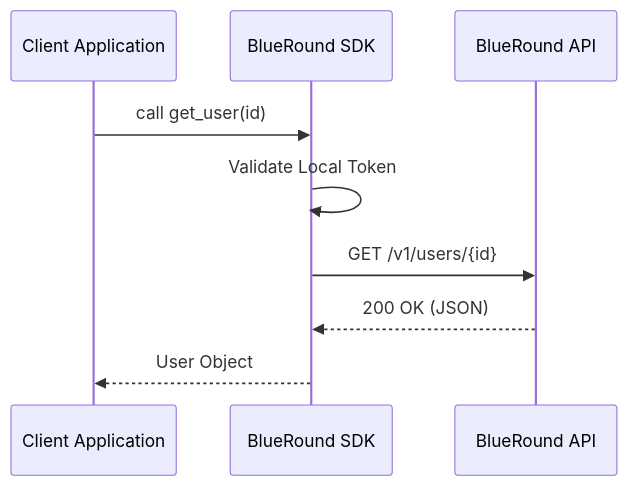
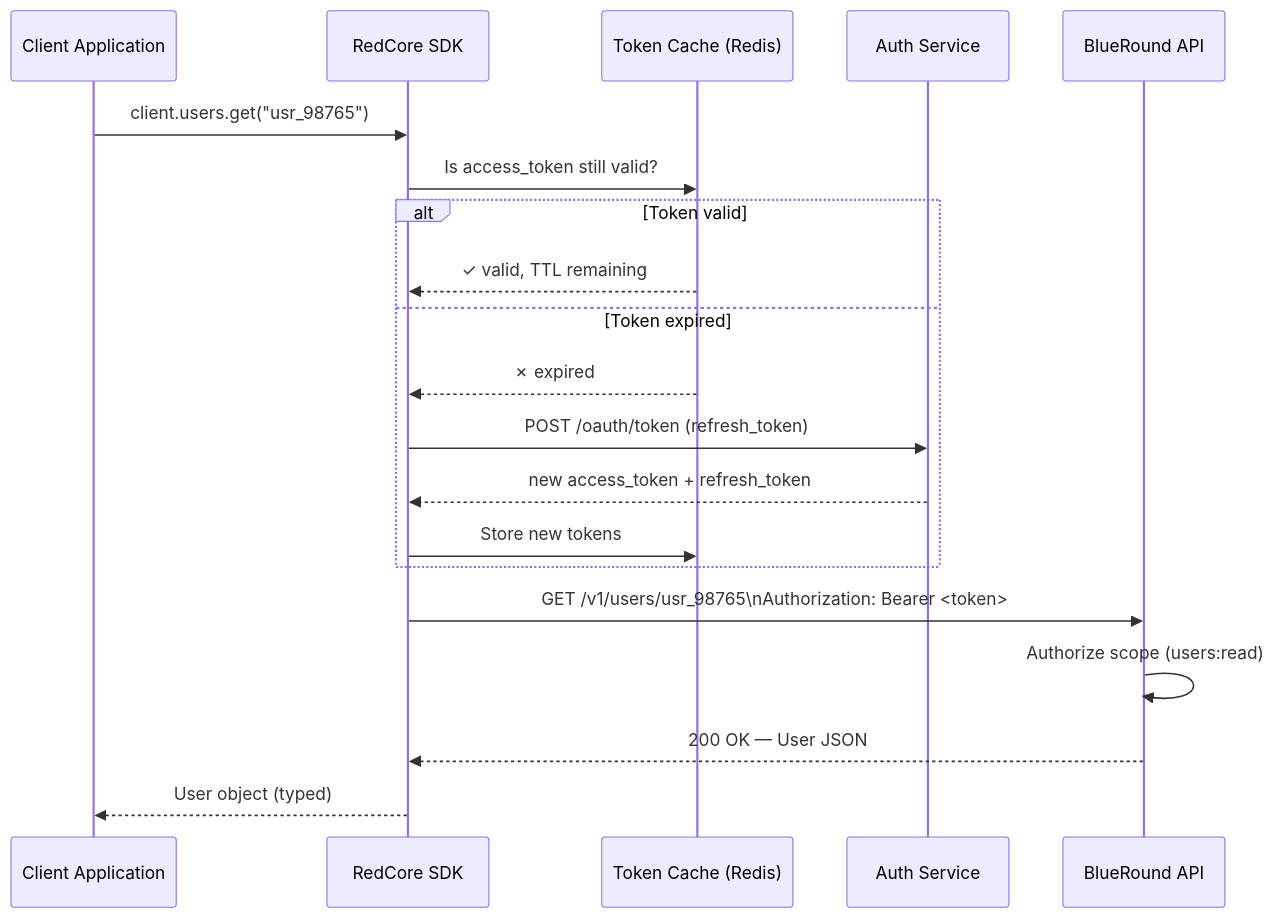
One commit to SingingFoot/sphinx_docs changed the second of 6 diagrams in source/diagrams/architecture.rst. Above: the diagram before and after it, drawn with Mermaid. The commit also changed other lines of this file and 12 other files, not shown here.

```diff
--- a/source/diagrams/architecture.rst
+++ b/source/diagrams/architecture.rst
@@ -13,12 +102,23 @@
 .. mermaid::
 
    sequenceDiagram
-      participant App as Client Application
-      participant SDK as BlueRound SDK
-      participant API as BlueRound API
-      
-      App->>SDK: call get_user(id)
-      SDK->>SDK: Validate Local Token
-      SDK->>API: GET /v1/users/{id}
-      API-->>SDK: 200 OK (JSON)
-      SDK-->>App: User Object
+     participant App  as Client Application
+     participant SDK  as RedCore SDK
+     participant Cache as Token Cache (Redis)
+     participant Auth  as Auth Service
+     participant API   as BlueRound API
+
+     App->>SDK: client.users.get("usr_98765")
+     SDK->>Cache: Is access_token still valid?
+     alt Token valid
+       Cache-->>SDK: ✓ valid, TTL remaining
+     else Token expired
+       Cache-->>SDK: ✗ expired
+       SDK->>Auth: POST /oauth/token (refresh_token)
+       Auth-->>SDK: new access_token + refresh_token
+       SDK->>Cache: Store new tokens
+     end
+     SDK->>API: GET /v1/users/usr_98765\nAuthorization: Bearer <token>
+     API->>API: Authorize scope (users:read)
+     API-->>SDK: 200 OK — User JSON
+     SDK-->>App: User object (typed)
```
